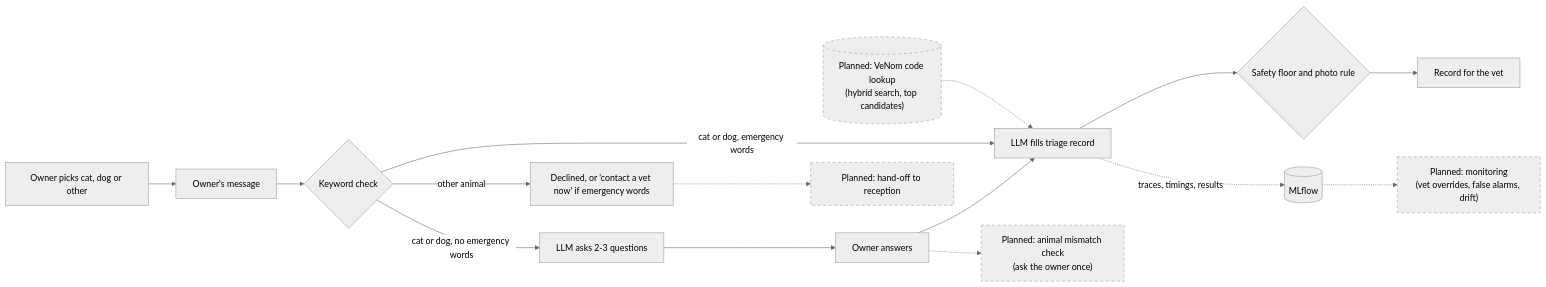
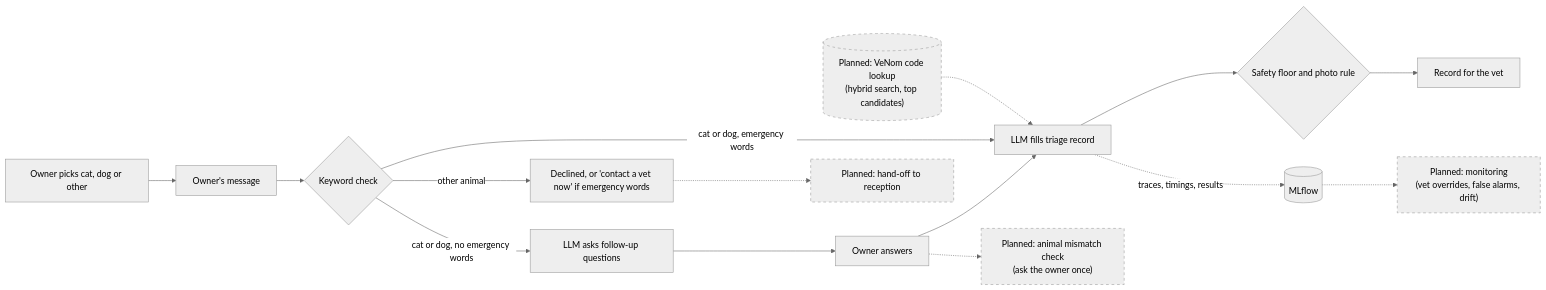
Before and after one commit to BenjaminIsaac0111/pet-triage-demo: the diagram in README.md, drawn with Mermaid (neutral theme). The commit also changed other lines of this file and 1 other file, not shown here.

````diff
--- a/README.md
+++ b/README.md
@@ -13,20 +13,20 @@
 ```mermaid
 graph LR
     S[Owner picks cat, dog or other] --> A[Owner's message]
     A --> B{Keyword check}
     B -- other animal --> X[Declined, or 'contact a vet now' if emergency words]
-    B -- cat or dog, no emergency words --> C[LLM asks 2-3 questions]
+    B -- cat or dog, no emergency words --> C[LLM asks follow-up questions]
     C --> D[Owner answers]
     D --> E[LLM fills triage record]
     B -- cat or dog, emergency words --> E
     E --> F{Safety floor and photo rule}
     F --> G[Record for the vet]
     E -. traces, timings, results .-> H[(MLflow)]
 
     V[("Planned: VeNom code lookup<br/>(hybrid search, top candidates)")] -.-> E
     D -.-> M["Planned: animal mismatch check<br/>(ask the owner once)"]
     X -.-> R["Planned: hand-off to reception"]
     H -.-> O["Planned: monitoring<br/>(vet overrides, false alarms, drift)"]
     classDef planned stroke-dasharray: 5 5
     class V,M,R,O planned
 ```
````
